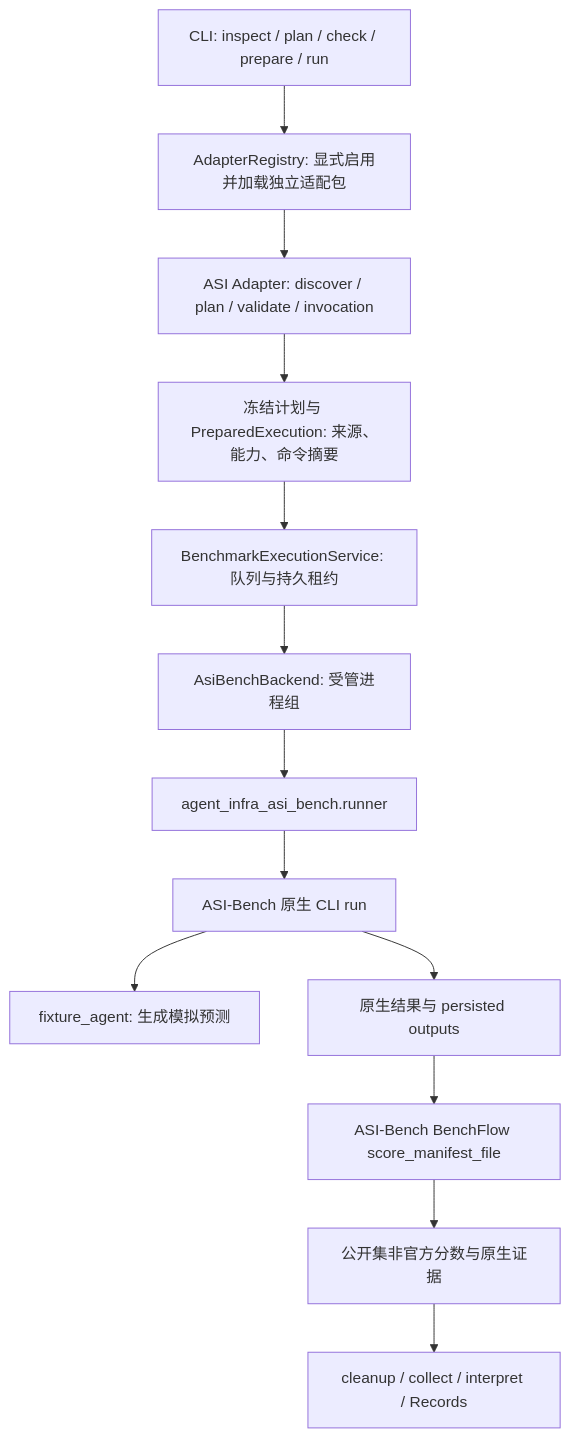
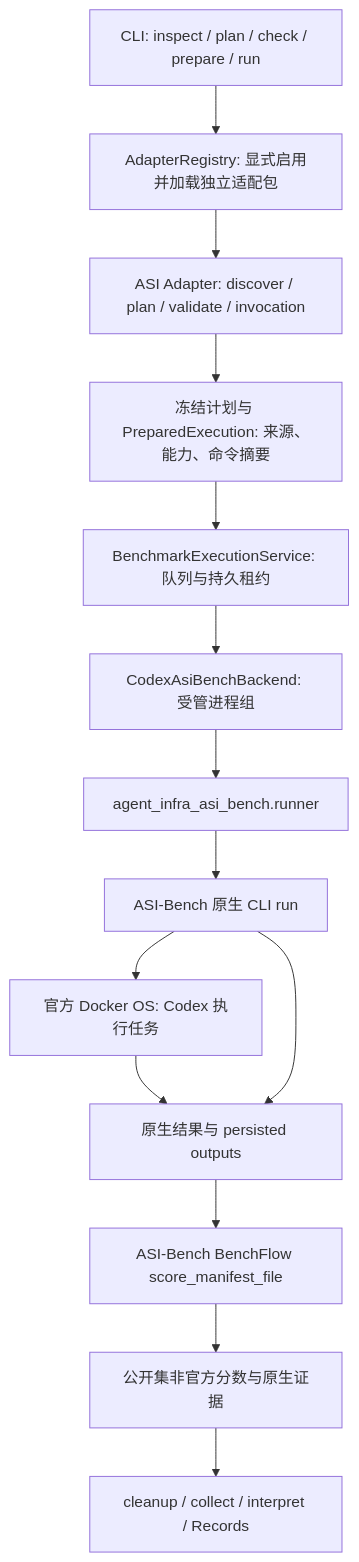
Before and after one commit to Ylr9933/Orbit: the diagram in docs/implementation/benchmark-asi-bench.md, drawn with Mermaid. The commit also changed other lines of this file and 19 other files, not shown here.

Commit message:
refactor(asi-bench): remove fixture execution profile

````diff
--- a/docs/implementation/benchmark-asi-bench.md
+++ b/docs/implementation/benchmark-asi-bench.md
@@ -13,15 +13,16 @@
 ```mermaid
 flowchart TD
     U[CLI: inspect / plan / check / prepare / run] --> R[AdapterRegistry: 显式启用并加载独立适配包]
     R --> A[ASI Adapter: discover / plan / validate / invocation]
     A --> F[冻结计划与 PreparedExecution: 来源、能力、命令摘要]
     F --> B[BenchmarkExecutionService: 队列与持久租约]
-    B --> P[AsiBenchBackend: 受管进程组]
+    B --> P[CodexAsiBenchBackend: 受管进程组]
     P --> N[agent_infra_asi_bench.runner]
     N --> C[ASI-Bench 原生 CLI run]
-    C --> X[fixture_agent: 生成模拟预测]
+    C --> X[官方 Docker OS: Codex 执行任务]
+    X --> Y
     C --> Y[原生结果与 persisted outputs]
     Y --> S[ASI-Bench BenchFlow score_manifest_file]
     S --> O[公开集非官方分数与原生证据]
     O --> D[cleanup / collect / interpret / Records]
 ```
````
